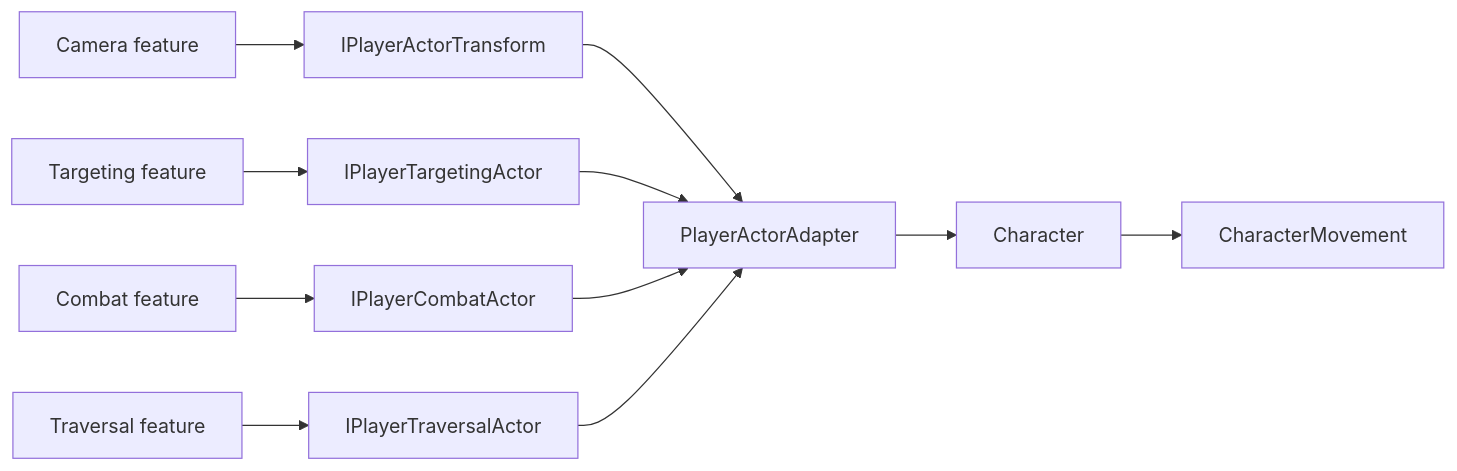
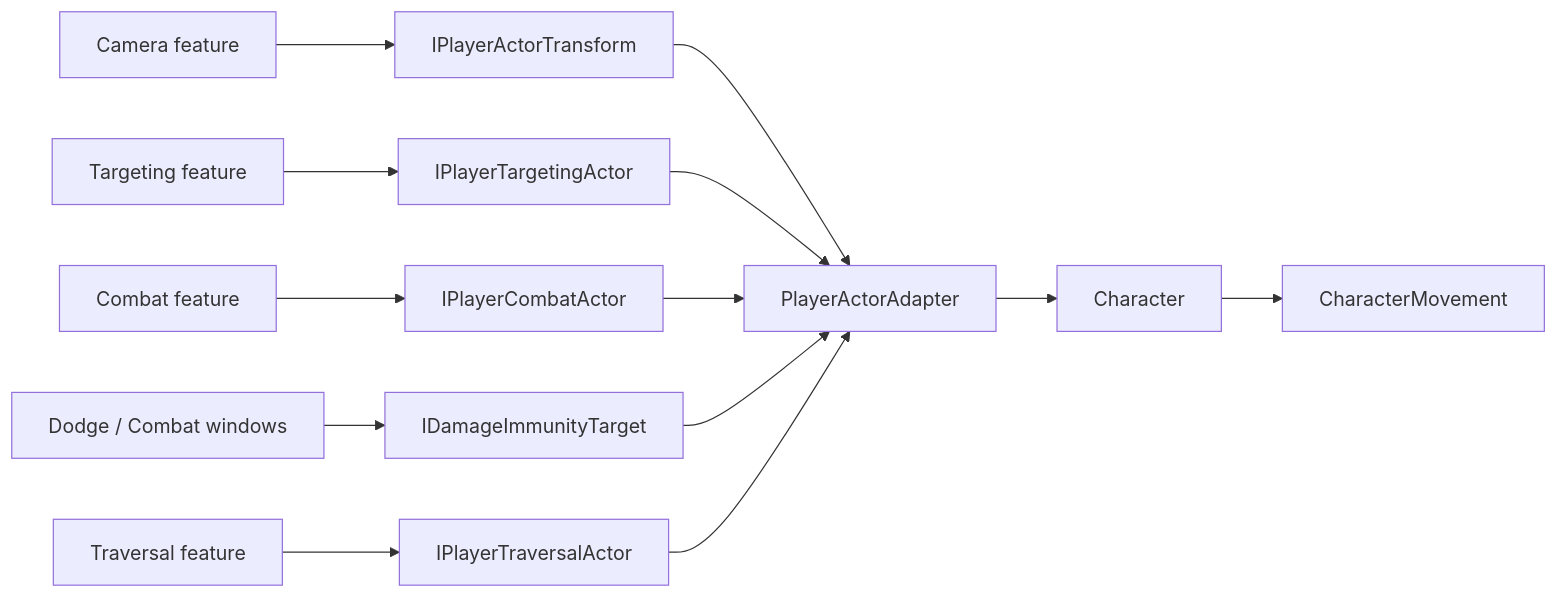
Before and after one commit to MaximFonariuc/project-s: the second of 2 diagrams in Docs/Architecture/Player.ActorBoundary.md, drawn with Mermaid. The commit also changed other lines of this file and 18 other files, not shown here.

````diff
--- a/Docs/Architecture/Player.ActorBoundary.md
+++ b/Docs/Architecture/Player.ActorBoundary.md
@@ -98,13 +110,15 @@
 ```mermaid
 flowchart LR
     Camera["Camera feature"] --> TransformPort["IPlayerActorTransform"]
     Targeting["Targeting feature"] --> TargetingPort["IPlayerTargetingActor"]
     Combat["Combat feature"] --> CombatPort["IPlayerCombatActor"]
+    DodgeAndCombat["Dodge / Combat windows"] --> ImmunityPort["IDamageImmunityTarget"]
     Traversal["Traversal feature"] --> TraversalPort["IPlayerTraversalActor"]
     TransformPort --> Adapter["PlayerActorAdapter"]
     TargetingPort --> Adapter
     CombatPort --> Adapter
+    ImmunityPort --> Adapter
     TraversalPort --> Adapter
     Adapter --> Legacy["Character"]
     Legacy --> Movement["CharacterMovement"]
 ```
````
